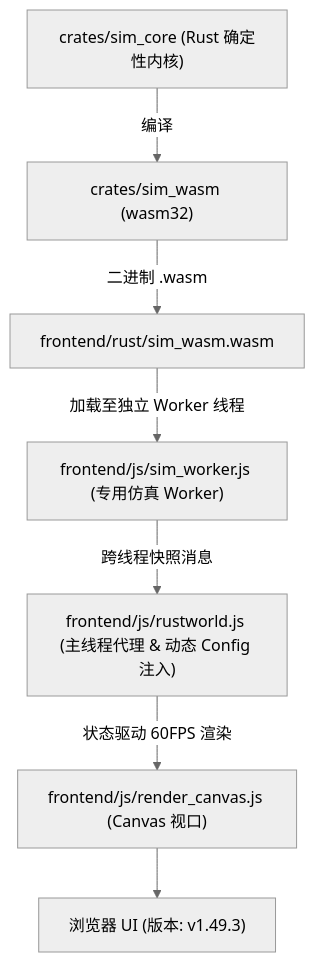
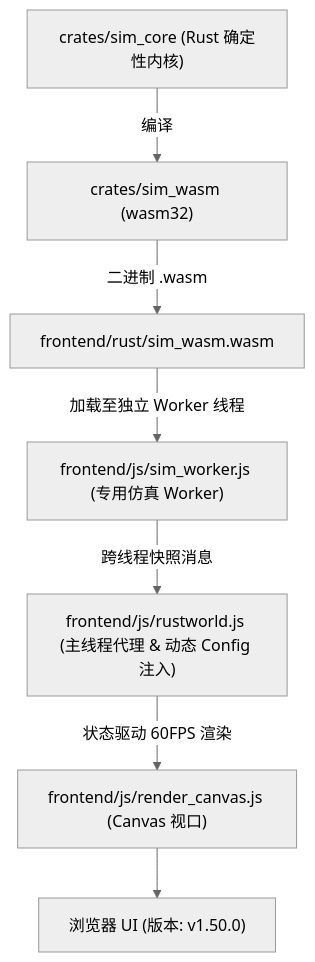
Before and after one commit to g39088902/FlowAndAccord: the diagram in AGENTS.md, drawn with Mermaid (neutral theme). The commit also changed other lines of this file and 21 other files, not shown here.

First line of the commit message:
v1.50.0 新增地图图鉴独立页与正式游戏世界种子控制

````diff
--- a/AGENTS.md
+++ b/AGENTS.md
@@ -62,9 +62,9 @@
 ```mermaid
 graph TD
     A["crates/sim_core (Rust 确定性内核)"] -->|编译| B["crates/sim_wasm (wasm32)"]
     B -->|二进制 .wasm| C["frontend/rust/sim_wasm.wasm"]
     C -->|加载至独立 Worker 线程| D["frontend/js/sim_worker.js (专用仿真 Worker)"]
     D -->|跨线程快照消息| E["frontend/js/rustworld.js (主线程代理 & 动态 Config 注入)"]
     E -->|状态驱动 60FPS 渲染| F["frontend/js/render_canvas.js (Canvas 视口)"]
-    F --> G["浏览器 UI (版本: v1.49.3)"]
+    F --> G["浏览器 UI (版本: v1.50.0)"]
 ```
````
